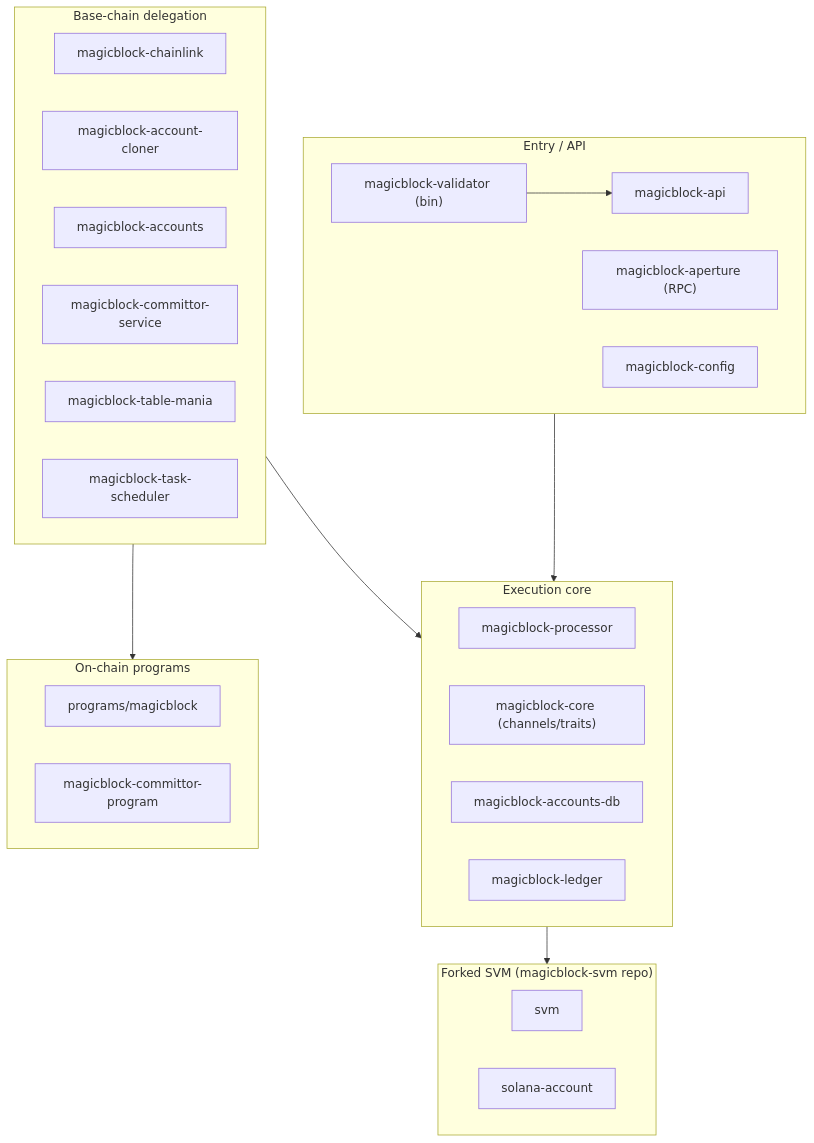
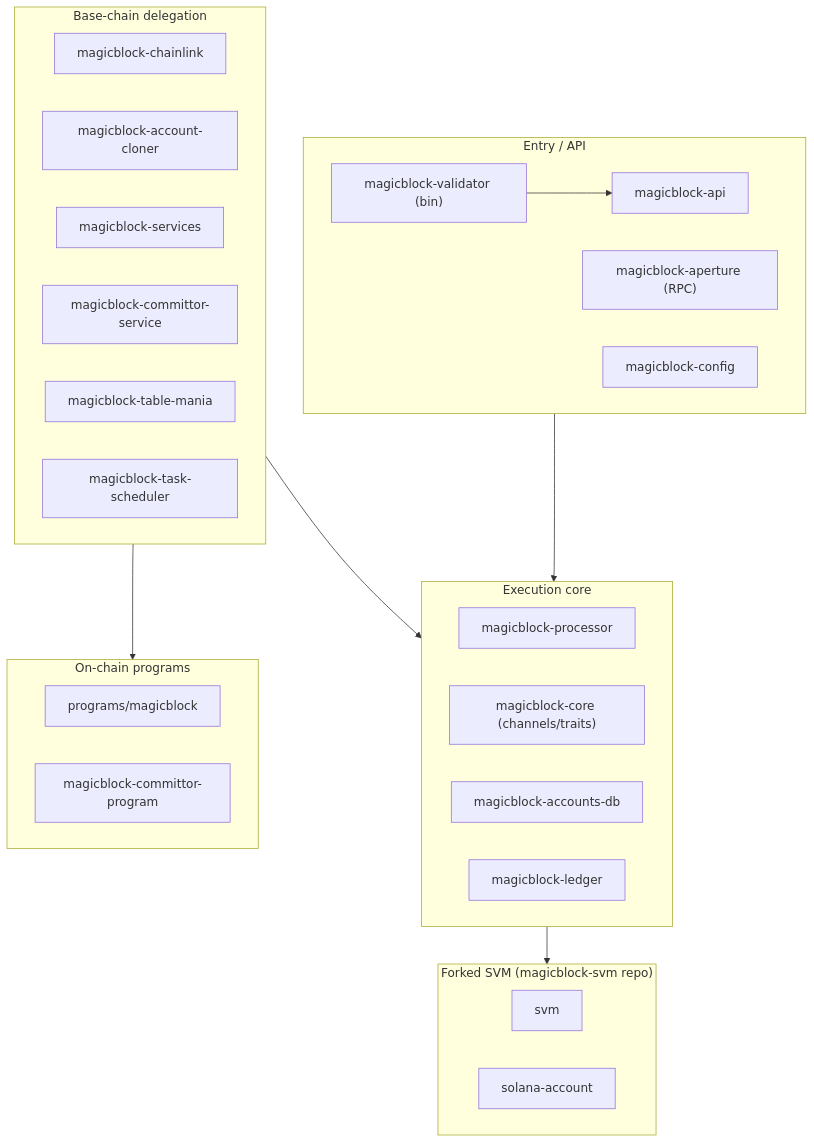
The first of 2 diagrams in docs/architecture.md (magicblock-labs/magicblock-validator), drawn with Mermaid before and after one commit. The commit also changed other lines of this file and 31 other files, not shown here.

Commit message:
refactor: move commit-and-undelegate scheduling service from magicblock-accounts to magicblock-services

````diff
--- a/docs/architecture.md
+++ b/docs/architecture.md
@@ -12,34 +12,34 @@
 ```mermaid
 flowchart TB
     subgraph entry["Entry / API"]
         bin["magicblock-validator (bin)"] --> api[magicblock-api]
         aperture["magicblock-aperture (RPC)"]
         config[magicblock-config]
     end
     subgraph core["Execution core"]
         processor[magicblock-processor]
         mbcore["magicblock-core (channels/traits)"]
         adb[magicblock-accounts-db]
         ledger[magicblock-ledger]
     end
     subgraph delegation["Base-chain delegation"]
         chainlink[magicblock-chainlink]
         cloner[magicblock-account-cloner]
-        accounts[magicblock-accounts]
+        services[magicblock-services]
         committor[magicblock-committor-service]
         tablemania[magicblock-table-mania]
         tasksched[magicblock-task-scheduler]
     end
     subgraph programs["On-chain programs"]
         magicprog["programs/magicblock"]
         committorprog[magicblock-committor-program]
     end
     subgraph svm["Forked SVM (magicblock-svm repo)"]
         svmcrate[svm]
         solacct[solana-account]
     end
     entry --> core
     core --> svm
     delegation --> core
     delegation --> programs
 ```
````
